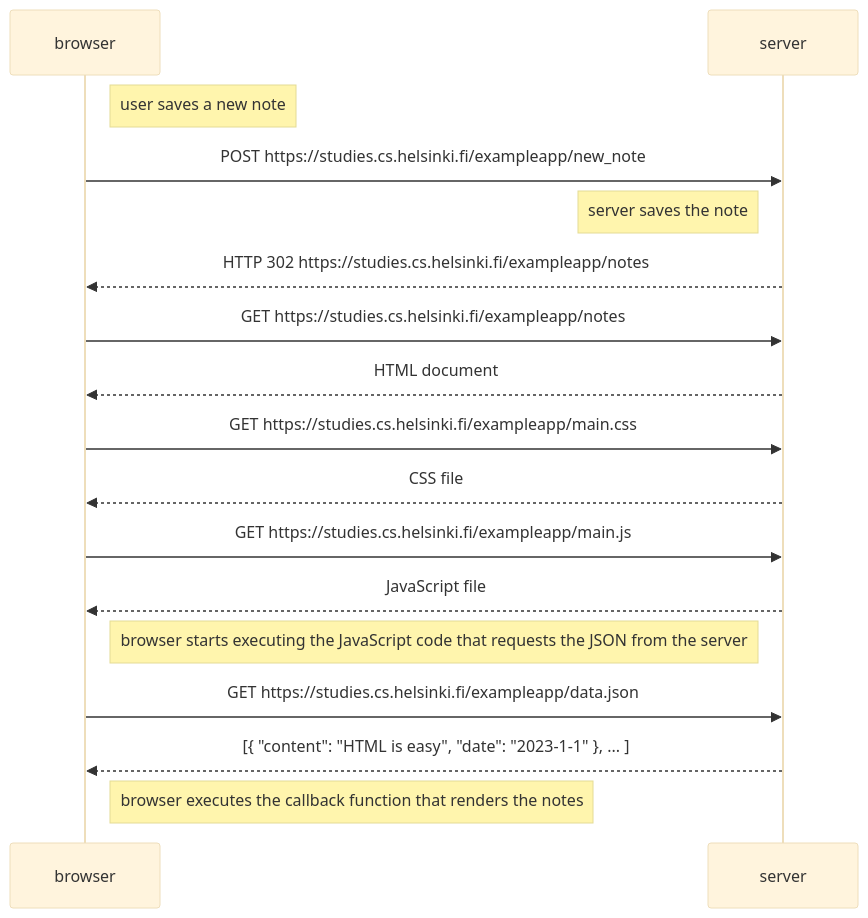
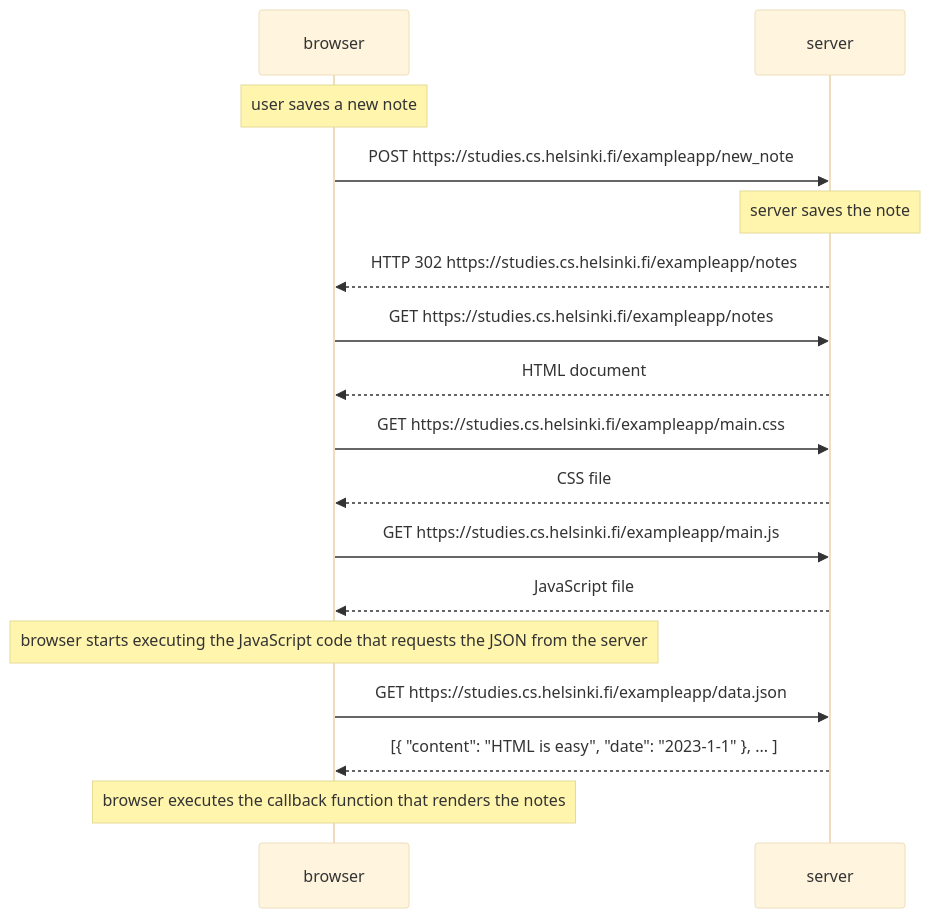
Before and after one commit to lolaaguero/fullStackOpenExercises: the diagram in part0/0.4-new-notes-diagram.md, drawn with Mermaid (base theme). The commit also changed 2 other files, not shown here.

Commit message:
notes fix

````diff
--- a/part0/0.4-new-notes-diagram.md
+++ b/part0/0.4-new-notes-diagram.md
@@ -1,21 +1,21 @@
 ```mermaid
 
 sequenceDiagram
     participant browser
     participant server
-    Note right of browser: user saves a new note
+    Note over browser: user saves a new note
     browser->>server: POST https://studies.cs.helsinki.fi/exampleapp/new_note
-    Note left of server: server saves the note
+    Note over server: server saves the note
     server-->>browser: HTTP 302 https://studies.cs.helsinki.fi/exampleapp/notes
     browser->>server: GET https://studies.cs.helsinki.fi/exampleapp/notes
     server-->>browser: HTML document
     browser->>server: GET https://studies.cs.helsinki.fi/exampleapp/main.css
     server-->>browser: CSS file
     browser->>server: GET https://studies.cs.helsinki.fi/exampleapp/main.js
     server-->>browser: JavaScript file
-    Note right of browser: browser starts executing the JavaScript code that requests the JSON from the server
+    Note over browser: browser starts executing the JavaScript code that requests the JSON from the server
     browser->>server: GET https://studies.cs.helsinki.fi/exampleapp/data.json
     server-->>browser: [{ "content": "HTML is easy", "date": "2023-1-1" }, ... ]
-    Note right of browser: browser executes the callback function that renders the notes
+    Note over browser: browser executes the callback function that renders the notes
 
 ```
````
